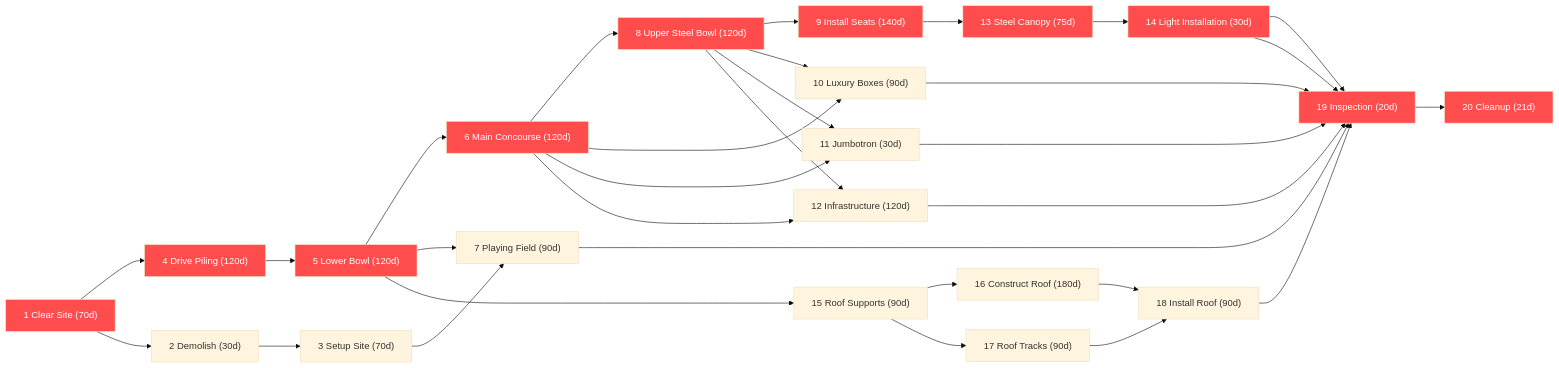
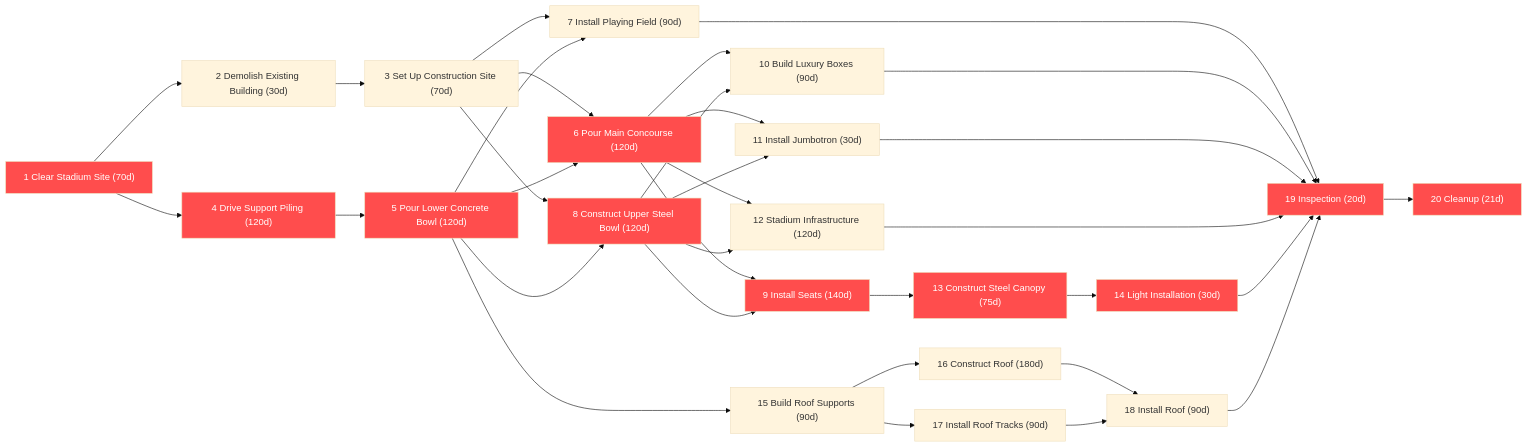
Before and after one commit to sanjanaganger22-ship-it/sanjana: the diagram in README.md, drawn with Mermaid (base theme).

````diff
--- a/README.md
+++ b/README.md
@@ -1,41 +1,71 @@
 ```mermaid
 flowchart LR
 
-%% ---- Critical Path ----
-1["1 Clear Site (70d)"] --> 4["4 Drive Piling (120d)"] --> 5["5 Lower Bowl (120d)"] --> 6["6 Main Concourse (120d)"] --> 8["8 Upper Steel Bowl (120d)"] --> 9["9 Install Seats (140d)"] --> 13["13 Steel Canopy (75d)"] --> 14["14 Light Installation (30d)"] --> 19["19 Inspection (20d)"] --> 20["20 Cleanup (21d)"]
+%% ---- Nodes ----
+A1["1 Clear Stadium Site (70d)"]
+A2["2 Demolish Existing Building (30d)"]
+A3["3 Set Up Construction Site (70d)"]
+A4["4 Drive Support Piling (120d)"]
+A5["5 Pour Lower Concrete Bowl (120d)"]
+A6["6 Pour Main Concourse (120d)"]
+A7["7 Install Playing Field (90d)"]
+A8["8 Construct Upper Steel Bowl (120d)"]
+A9["9 Install Seats (140d)"]
+A10["10 Build Luxury Boxes (90d)"]
+A11["11 Install Jumbotron (30d)"]
+A12["12 Stadium Infrastructure (120d)"]
+A13["13 Construct Steel Canopy (75d)"]
+A14["14 Light Installation (30d)"]
+A15["15 Build Roof Supports (90d)"]
+A16["16 Construct Roof (180d)"]
+A17["17 Install Roof Tracks (90d)"]
+A18["18 Install Roof (90d)"]
+A19["19 Inspection (20d)"]
+A20["20 Cleanup (21d)"]
 
-%% ---- Side Tasks ----
-1 --> 2["2 Demolish (30d)"]
-2 --> 3["3 Setup Site (70d)"]
-3 --> 7["7 Playing Field (90d)"]
-5 --> 7
-6 --> 10["10 Luxury Boxes (90d)"]
-8 --> 10
-6 --> 11["11 Jumbotron (30d)"]
-8 --> 11
-6 --> 12["12 Infrastructure (120d)"]
-8 --> 12
-5 --> 15["15 Roof Supports (90d)"]
-15 --> 16["16 Construct Roof (180d)"]
-15 --> 17["17 Roof Tracks (90d)"]
-16 --> 18["18 Install Roof (90d)"]
-17 --> 18
-7 --> 19
-10 --> 19
-11 --> 19
-12 --> 19
-14 --> 19
-18 --> 19
+%% ---- Dependencies ----
+A1 --> A2
+A1 --> A4
+A2 --> A3
+A4 --> A5
+A3 --> A6
+A5 --> A6
+A3 --> A7
+A5 --> A7
+A3 --> A8
+A5 --> A8
+A6 --> A9
+A8 --> A9
+A6 --> A10
+A8 --> A10
+A6 --> A11
+A8 --> A11
+A6 --> A12
+A8 --> A12
+A5 --> A15
+A15 --> A16
+A15 --> A17
+A16 --> A18
+A17 --> A18
+A9 --> A13
+A13 --> A14
+A7 --> A19
+A10 --> A19
+A11 --> A19
+A12 --> A19
+A14 --> A19
+A18 --> A19
+A19 --> A20
 
 %% ---- Highlight Critical Path ----
-style 1 fill:#ff4d4d,color:#fff
-style 4 fill:#ff4d4d,color:#fff
-style 5 fill:#ff4d4d,color:#fff
-style 6 fill:#ff4d4d,color:#fff
-style 8 fill:#ff4d4d,color:#fff
-style 9 fill:#ff4d4d,color:#fff
-style 13 fill:#ff4d4d,color:#fff
-style 14 fill:#ff4d4d,color:#fff
-style 19 fill:#ff4d4d,color:#fff
-style 20 fill:#ff4d4d,color:#fff
+style A1 fill:#ff4d4d,color:#fff
+style A4 fill:#ff4d4d,color:#fff
+style A5 fill:#ff4d4d,color:#fff
+style A6 fill:#ff4d4d,color:#fff
+style A8 fill:#ff4d4d,color:#fff
+style A9 fill:#ff4d4d,color:#fff
+style A13 fill:#ff4d4d,color:#fff
+style A14 fill:#ff4d4d,color:#fff
+style A19 fill:#ff4d4d,color:#fff
+style A20 fill:#ff4d4d,color:#fff
 ```
````
